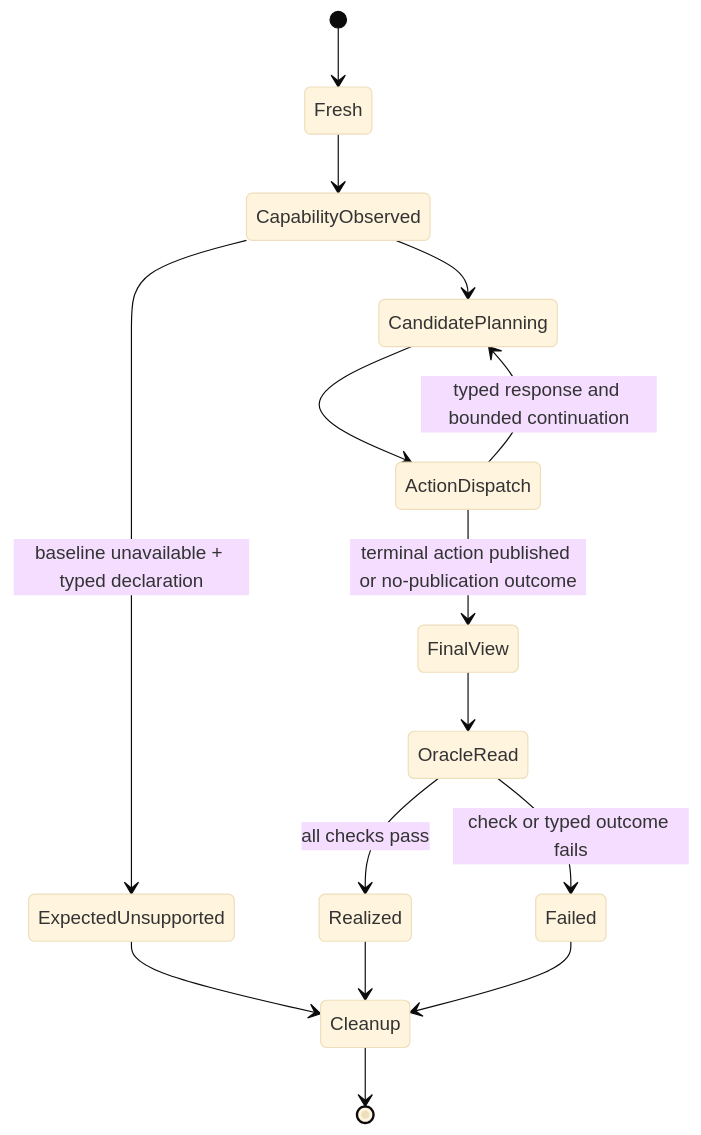
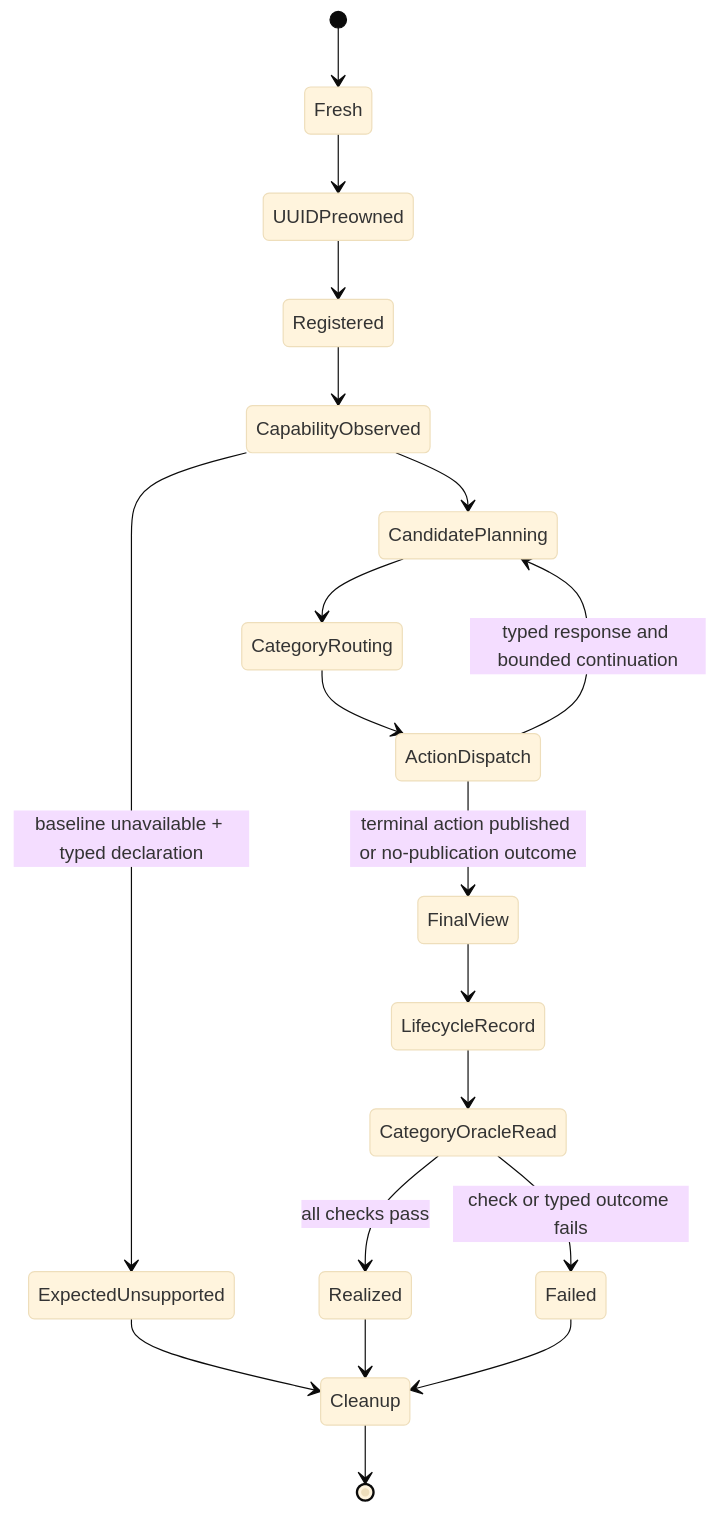
One commit to 1amageek/Rupa changed the fourth of 5 diagrams in RupaKit/Sources/RupaAgentCADBenchmark/DESIGN.md. Above: the diagram before and after it, drawn with Mermaid (base theme). The commit also changed other lines of this file, not shown here.

Commit message:
Define shared benchmark lifecycle boundary

````diff
--- a/RupaKit/Sources/RupaAgentCADBenchmark/DESIGN.md
+++ b/RupaKit/Sources/RupaAgentCADBenchmark/DESIGN.md
@@ -753,17 +763,21 @@
 ```mermaid
 stateDiagram-v2
     [*] --> Fresh
-    Fresh --> CapabilityObserved
+    Fresh --> UUIDPreowned
+    UUIDPreowned --> Registered
+    Registered --> CapabilityObserved
     CapabilityObserved --> CandidatePlanning
-    CandidatePlanning --> ActionDispatch
+    CandidatePlanning --> CategoryRouting
+    CategoryRouting --> ActionDispatch
     ActionDispatch --> CandidatePlanning: typed response and bounded continuation
     ActionDispatch --> FinalView: terminal action published or no-publication outcome
-    FinalView --> OracleRead
-    OracleRead --> Realized: all checks pass
-    OracleRead --> Failed: check or typed outcome fails
+    FinalView --> LifecycleRecord
+    LifecycleRecord --> CategoryOracleRead
+    CategoryOracleRead --> Realized: all checks pass
+    CategoryOracleRead --> Failed: check or typed outcome fails
     CapabilityObserved --> ExpectedUnsupported: baseline unavailable + typed declaration
     ExpectedUnsupported --> Cleanup
     Realized --> Cleanup
     Failed --> Cleanup
     Cleanup --> [*]
 ```
````
